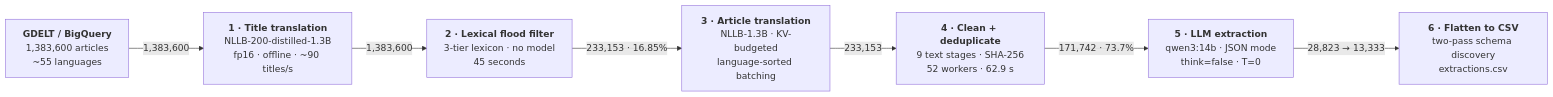
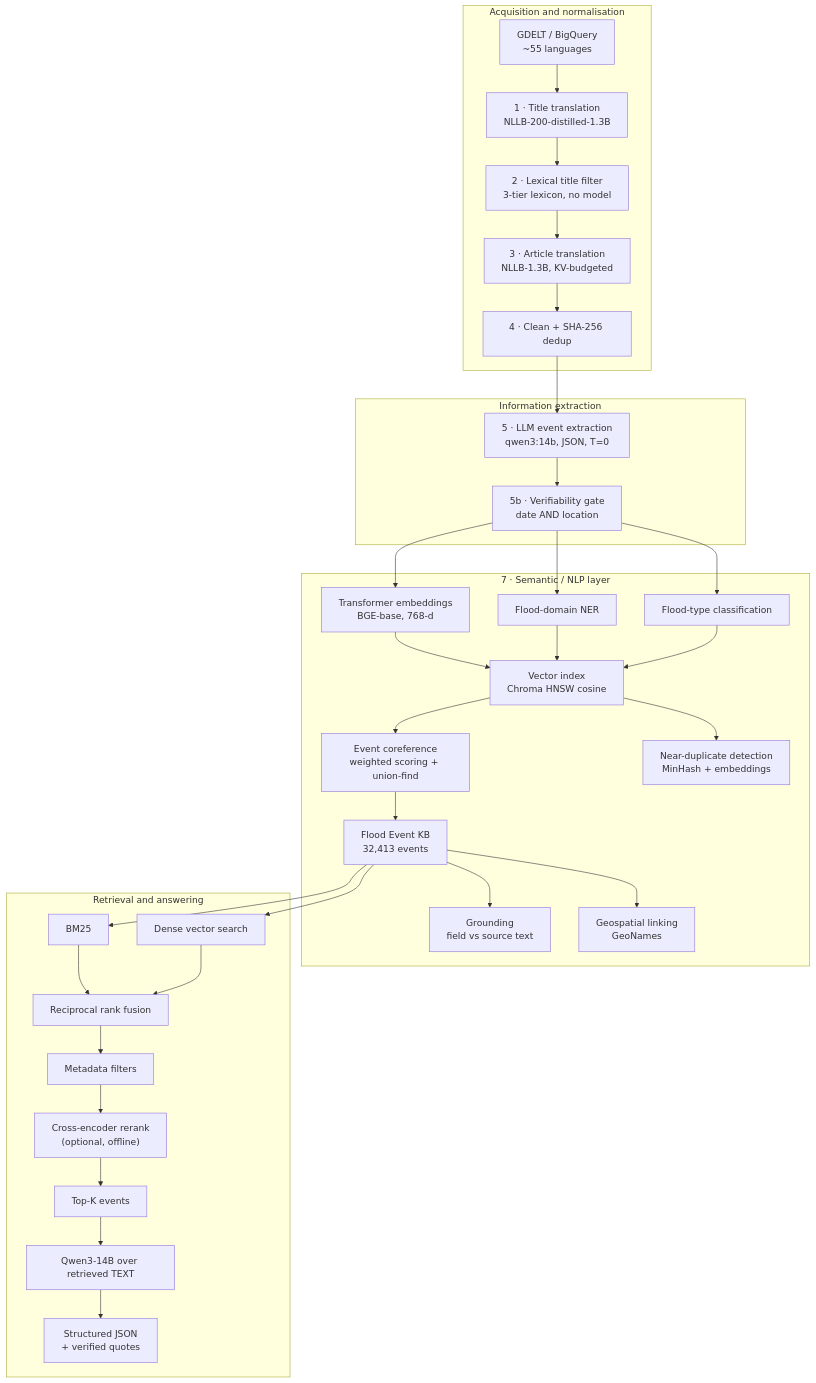
One commit to darshanniphade/Multilingual-Flood-Extraction-Pipeline changed the diagram in README.md. Above: the diagram before and after it, drawn with Mermaid. The commit also changed other lines of this file and 111 other files, not shown here.

First line of the commit message:
Add stage 7 semantic layer; rename stage folders in pipeline order

````diff
--- a/README.md
+++ b/README.md
@@ -29,17 +73,49 @@
 ```mermaid
-flowchart LR
-    A["<b>GDELT / BigQuery</b><br/>1,383,600 articles<br/>~55 languages"]
-    B["<b>1 · Title translation</b><br/>NLLB-200-distilled-1.3B<br/>fp16 · offline · ~90 titles/s"]
-    C["<b>2 · Lexical flood filter</b><br/>3-tier lexicon · no model<br/>45 seconds"]
-    D["<b>3 · Article translation</b><br/>NLLB-1.3B · KV-budgeted<br/>language-sorted batching"]
-    E["<b>4 · Clean + deduplicate</b><br/>9 text stages · SHA-256<br/>52 workers · 62.9 s"]
-    F["<b>5 · LLM extraction</b><br/>qwen3:14b · JSON mode<br/>think=false · T=0"]
-    G["<b>6 · Flatten to CSV</b><br/>two-pass schema discovery<br/>extractions.csv"]
-
-    A -->|1,383,600| B
-    B -->|1,383,600| C
-    C -->|233,153 · 16.85%| D
-    D -->|233,153| E
-    E -->|171,742 · 73.7%| F
-    F -->|28,823 → 13,333| G
+flowchart TB
+    subgraph ACQ["Acquisition and normalisation"]
+        A["GDELT / BigQuery<br/>~55 languages"]
+        B["1 · Title translation<br/>NLLB-200-distilled-1.3B"]
+        C["2 · Lexical title filter<br/>3-tier lexicon, no model"]
+        D["3 · Article translation<br/>NLLB-1.3B, KV-budgeted"]
+        E["4 · Clean + SHA-256 dedup"]
+        A --> B --> C --> D --> E
+    end
+    subgraph EXT["Information extraction"]
+        F["5 · LLM event extraction<br/>qwen3:14b, JSON, T=0"]
+        G["5b · Verifiability gate<br/>date AND location"]
+        E --> F --> G
+    end
+    subgraph SEM["7 · Semantic / NLP layer"]
+        H["Transformer embeddings<br/>BGE-base, 768-d"]
+        I["Flood-domain NER"]
+        J["Flood-type classification"]
+        K["Vector index<br/>Chroma HNSW cosine"]
+        L["Event coreference<br/>weighted scoring + union-find"]
+        M["Near-duplicate detection<br/>MinHash + embeddings"]
+        N["Grounding<br/>field vs source text"]
+        O["Geospatial linking<br/>GeoNames"]
+        P["Flood Event KB<br/>32,413 events"]
+        G --> H --> K
+        G --> I
+        G --> J
+        I --> K
+        J --> K
+        K --> L --> P
+        K --> M
+        P --> N
+        P --> O
+    end
+    subgraph RET["Retrieval and answering"]
+        Q["BM25"]
+        R["Dense vector search"]
+        S["Reciprocal rank fusion"]
+        T["Metadata filters"]
+        U["Cross-encoder rerank<br/>(optional, offline)"]
+        V["Top-K events"]
+        W["Qwen3-14B over retrieved TEXT"]
+        X["Structured JSON<br/>+ verified quotes"]
+        P --> Q --> S
+        P --> R --> S
+        S --> T --> U --> V --> W --> X
+    end
 ```
````
